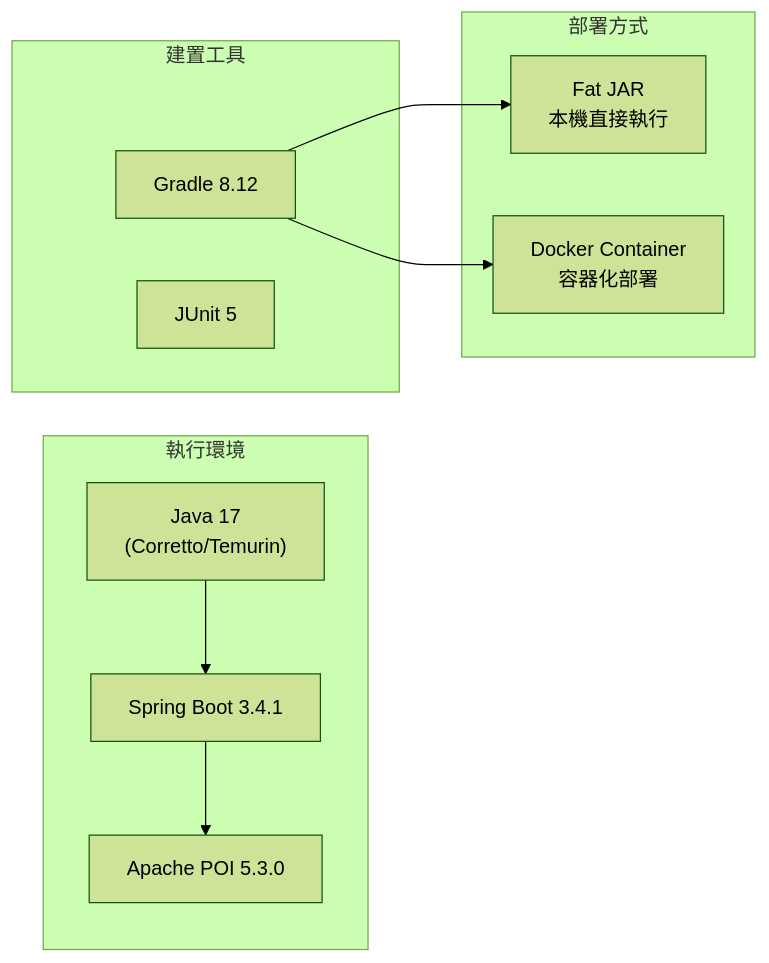
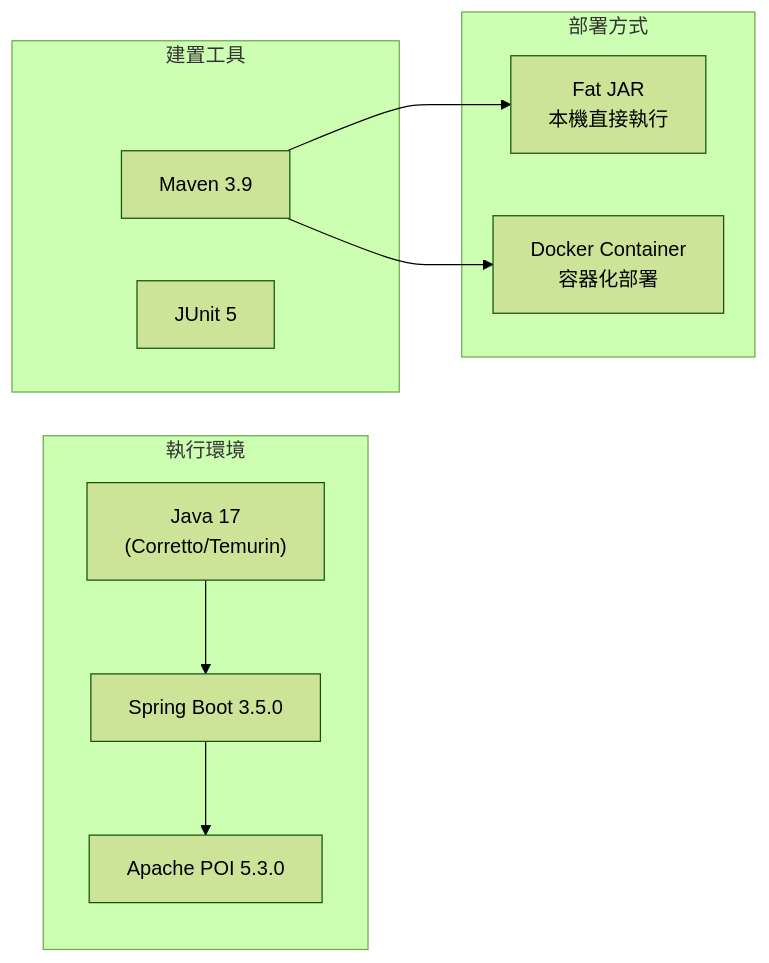
One commit to seawaterfoods/retained-premium-report-transformer changed the second of 2 diagrams in docs/04-系統架構圖.md. Above: the diagram before and after it, drawn with Mermaid (forest theme). The commit also changed other lines of this file and 74 other files, not shown here.

First line of the commit message:
refactor: migrate to Maven and restructure to match premium-report-automation architecture

````diff
--- a/docs/04-系統架構圖.md
+++ b/docs/04-系統架構圖.md
@@ -56,23 +54,23 @@
 ```mermaid
 graph LR
     subgraph Runtime["執行環境"]
         JDK["Java 17<br/>(Corretto/Temurin)"]
-        SB["Spring Boot 3.4.1"]
+        SB["Spring Boot 3.5.0"]
         POI["Apache POI 5.3.0"]
     end
 
     subgraph Build["建置工具"]
-        GRD["Gradle 8.12"]
+        MVN["Maven 3.9"]
         JU["JUnit 5"]
     end
 
     subgraph Deploy["部署方式"]
         JAR["Fat JAR<br/>本機直接執行"]
         DCK["Docker Container<br/>容器化部署"]
     end
 
-    GRD --> JAR
-    GRD --> DCK
+    MVN --> JAR
+    MVN --> DCK
     JDK --> SB
     SB --> POI
 ```
````
